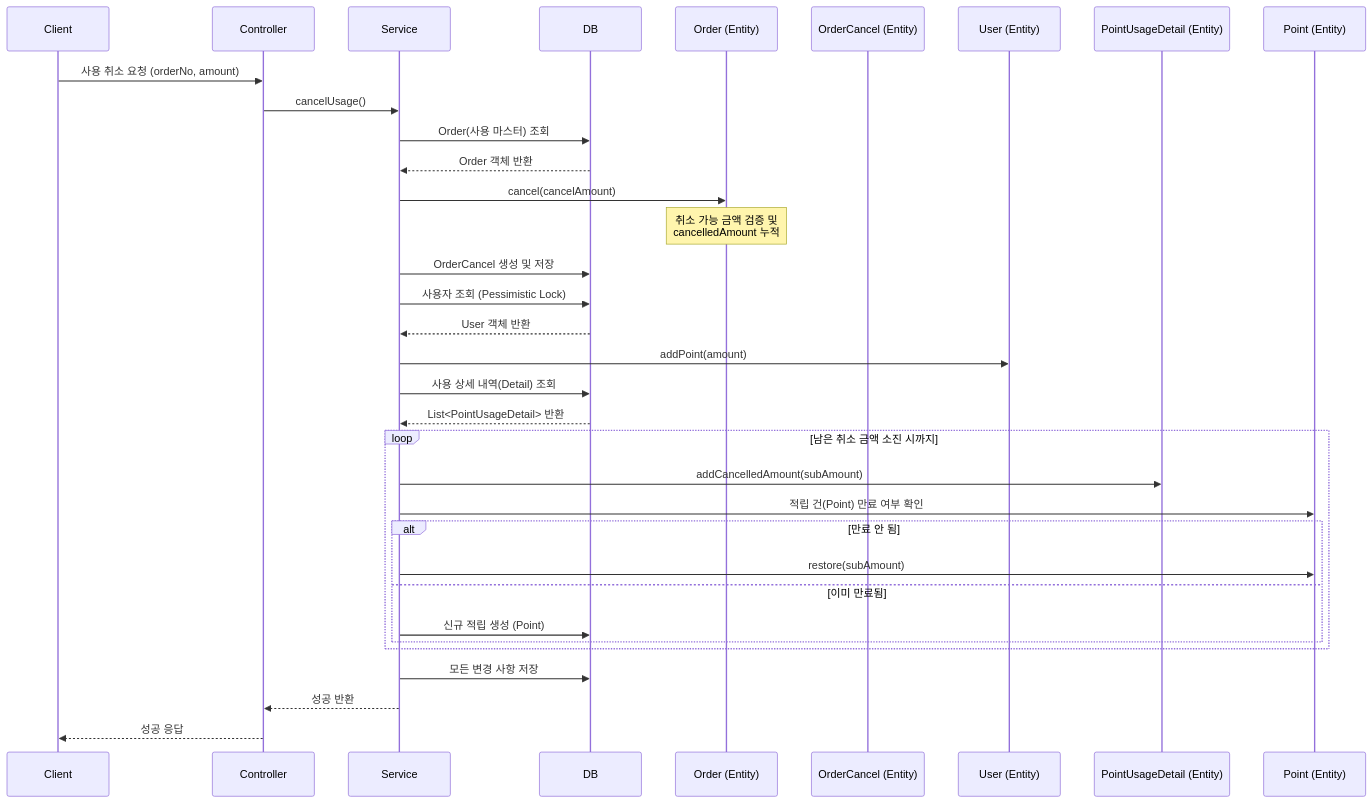
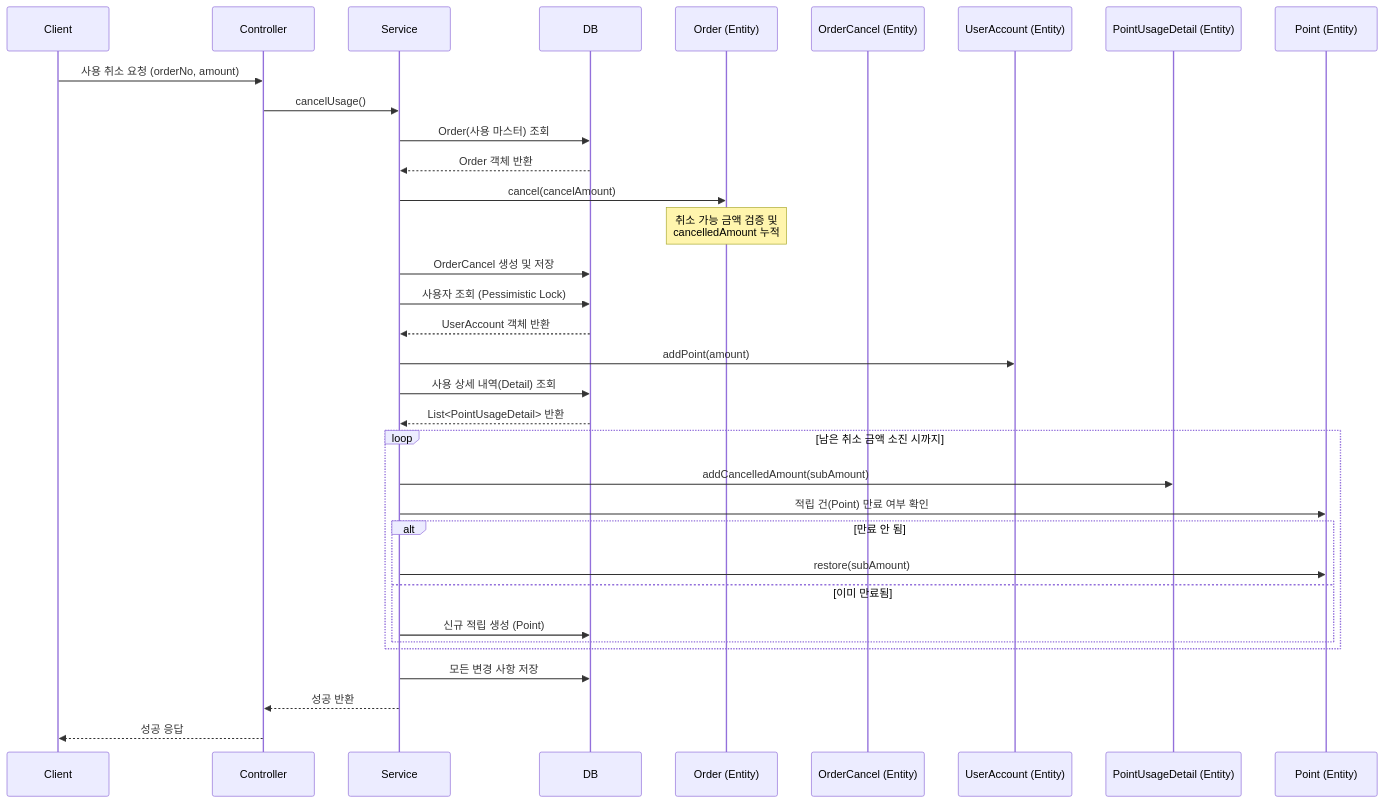
The diagram in docs/api/사용 취소.md (muzzaiwork/point), drawn with Mermaid before and after one commit. The commit also changed other lines of this file and 15 other files, not shown here.

Commit message:
Rename User and UserRepository to UserAccount and UserAccountRepository

````diff
--- a/docs/api/사용 취소.md
+++ b/docs/api/사용 취소.md
@@ -58,42 +58,42 @@
 ```mermaid
 sequenceDiagram
     participant Client
     participant Controller
     participant Service
     participant DB
     participant OrderEntity as Order (Entity)
     participant CancelEntity as OrderCancel (Entity)
-    participant UserEntity as User (Entity)
+    participant UserAccountEntity as UserAccount (Entity)
     participant DetailEntity as PointUsageDetail (Entity)
     participant PointEntity as Point (Entity)
 
     Client->>Controller: 사용 취소 요청 (orderNo, amount)
     Controller->>Service: cancelUsage()
     Service->>DB: Order(사용 마스터) 조회
     DB-->>Service: Order 객체 반환
     Service->>OrderEntity: cancel(cancelAmount)
     Note over OrderEntity: 취소 가능 금액 검증 및<br/>cancelledAmount 누적
     
     Service->>DB: OrderCancel 생성 및 저장
     
     Service->>DB: 사용자 조회 (Pessimistic Lock)
-    DB-->>Service: User 객체 반환
-    Service->>UserEntity: addPoint(amount)
+    DB-->>Service: UserAccount 객체 반환
+    Service->>UserAccountEntity: addPoint(amount)
     
     Service->>DB: 사용 상세 내역(Detail) 조회
     DB-->>Service: List<PointUsageDetail> 반환
     
     loop 남은 취소 금액 소진 시까지
         Service->>DetailEntity: addCancelledAmount(subAmount)
         Service->>PointEntity: 적립 건(Point) 만료 여부 확인
         alt 만료 안 됨
             Service->>PointEntity: restore(subAmount)
         else 이미 만료됨
             Service->>DB: 신규 적립 생성 (Point)
         end
     end
     
     Service->>DB: 모든 변경 사항 저장
     Service-->>Controller: 성공 반환
     Controller-->>Client: 성공 응답
 ```
````
